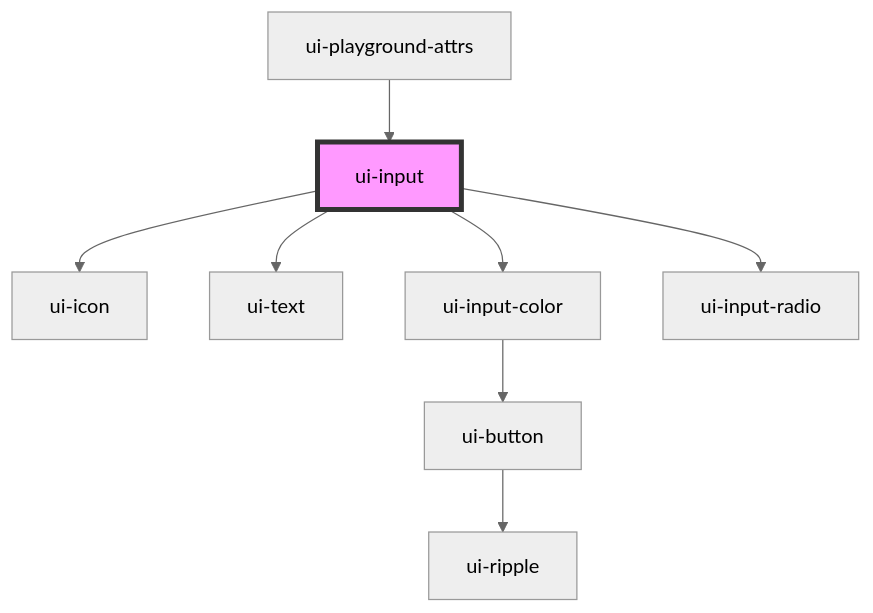
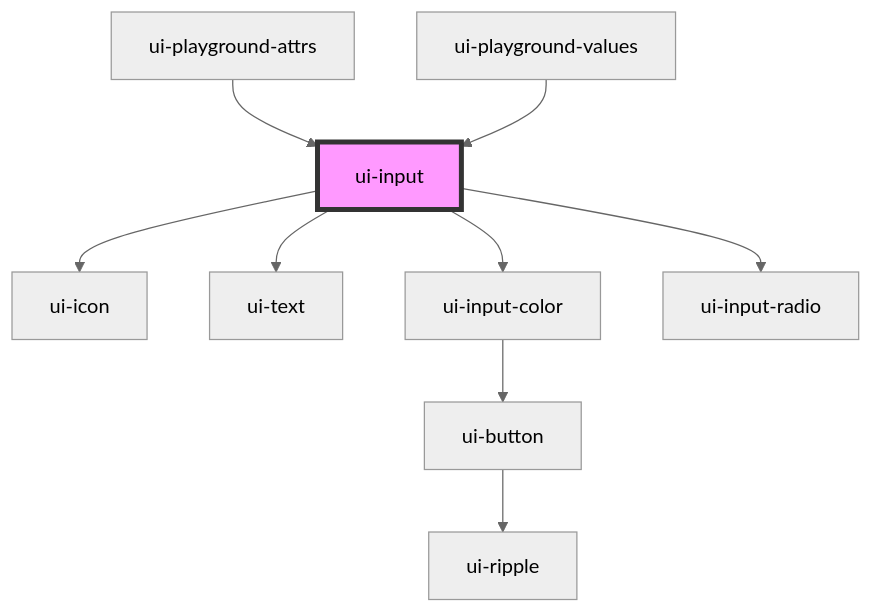
Before and after one commit to shahzad1970/psycho-ui: the diagram in src/components/ui-input/readme.md, drawn with Mermaid (neutral theme). The commit also changed other lines of this file and 285 other files, not shown here.

````diff
--- a/src/components/ui-input/readme.md
+++ b/src/components/ui-input/readme.md
@@ -41,11 +42,12 @@
 ```mermaid
 graph TD;
   ui-input --> ui-icon
   ui-input --> ui-text
   ui-input --> ui-input-color
   ui-input --> ui-input-radio
   ui-input-color --> ui-button
   ui-button --> ui-ripple
   ui-playground-attrs --> ui-input
+  ui-playground-values --> ui-input
   style ui-input fill:#f9f,stroke:#333,stroke-width:4px
 ```
````
